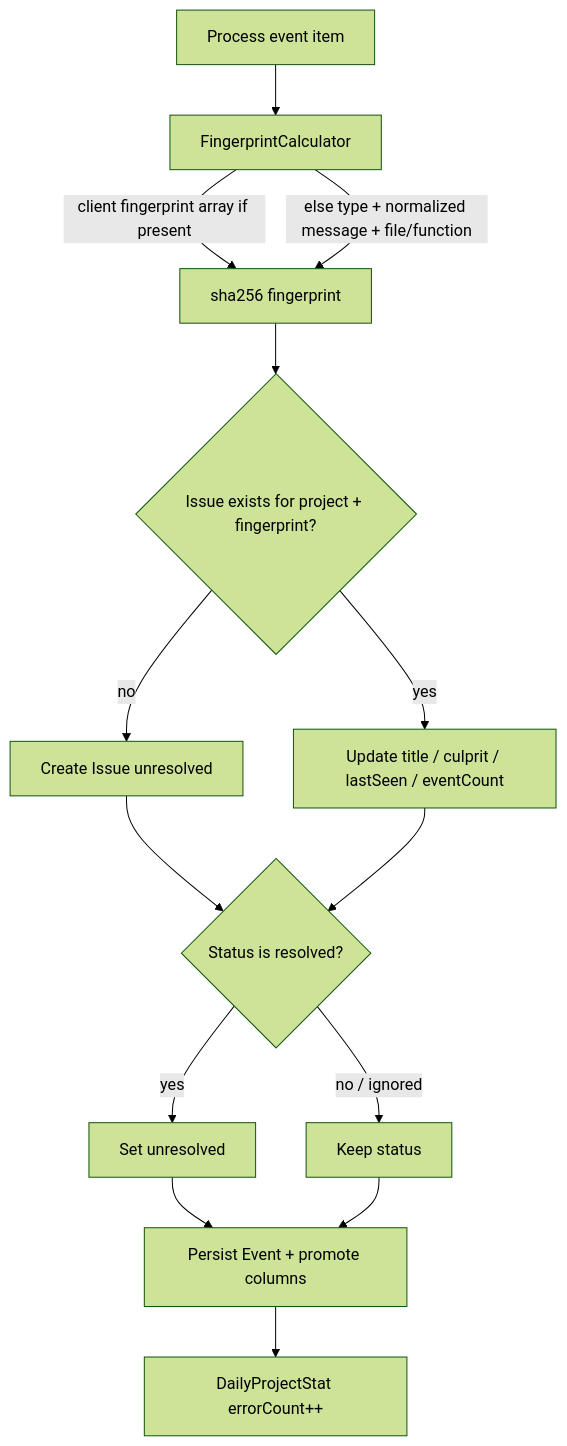
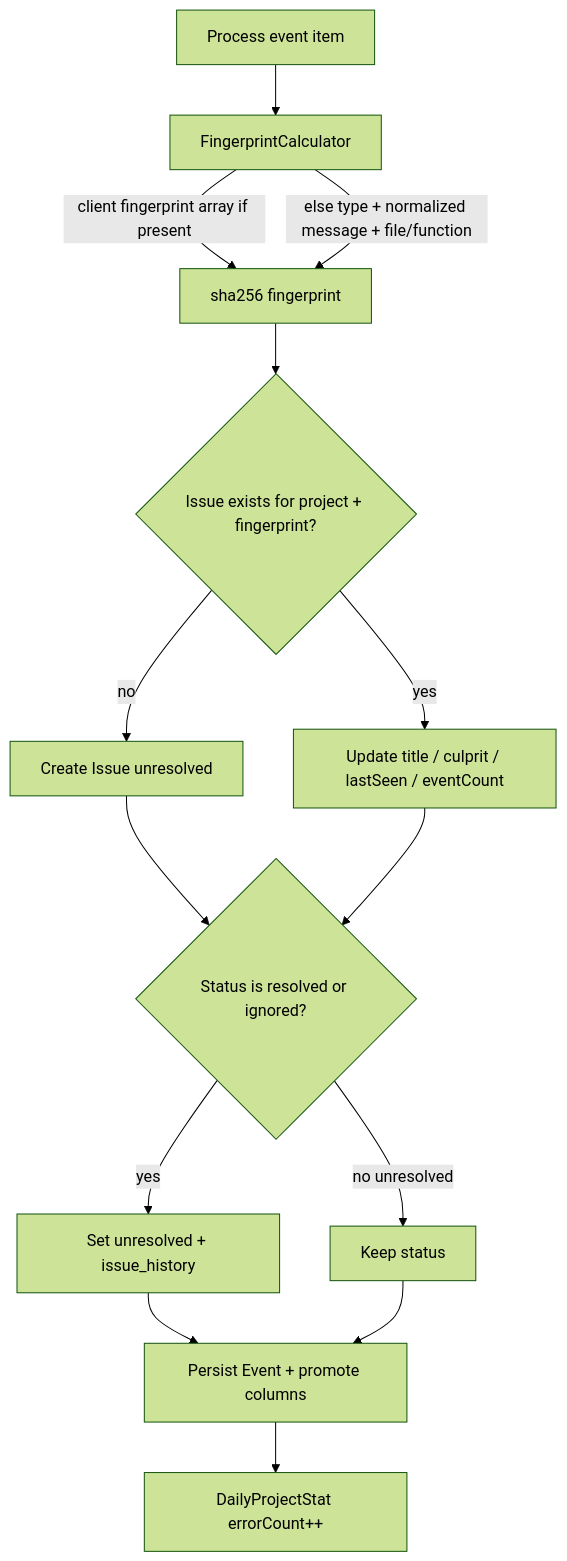
One commit to nowo-tech/symfony-beacon changed the fourth of 7 diagrams in docs/ARCHITECTURE.md. Above: the diagram before and after it, drawn with Mermaid (forest theme). The commit also changed other lines of this file and 224 other files, not shown here.

````diff
--- a/docs/ARCHITECTURE.md
+++ b/docs/ARCHITECTURE.md
@@ -197,16 +197,16 @@
 ```mermaid
 flowchart TD
   Start[Process event item] --> FP[FingerprintCalculator]
   FP -->|client fingerprint array if present| Hash[sha256 fingerprint]
   FP -->|else type + normalized message + file/function| Hash
   Hash --> Lookup{Issue exists for project + fingerprint?}
   Lookup -->|no| Create[Create Issue unresolved]
   Lookup -->|yes| Touch[Update title / culprit / lastSeen / eventCount]
   Create --> Status
-  Touch --> Status{Status is resolved?}
-  Status -->|yes| Reopen[Set unresolved]
-  Status -->|no / ignored| Keep[Keep status]
+  Touch --> Status{Status is resolved or ignored?}
+  Status -->|yes| Reopen[Set unresolved + issue_history]
+  Status -->|no unresolved| Keep[Keep status]
   Reopen --> Persist[Persist Event + promote columns]
   Keep --> Persist
   Persist --> Stats[DailyProjectStat errorCount++]
 ```
````
